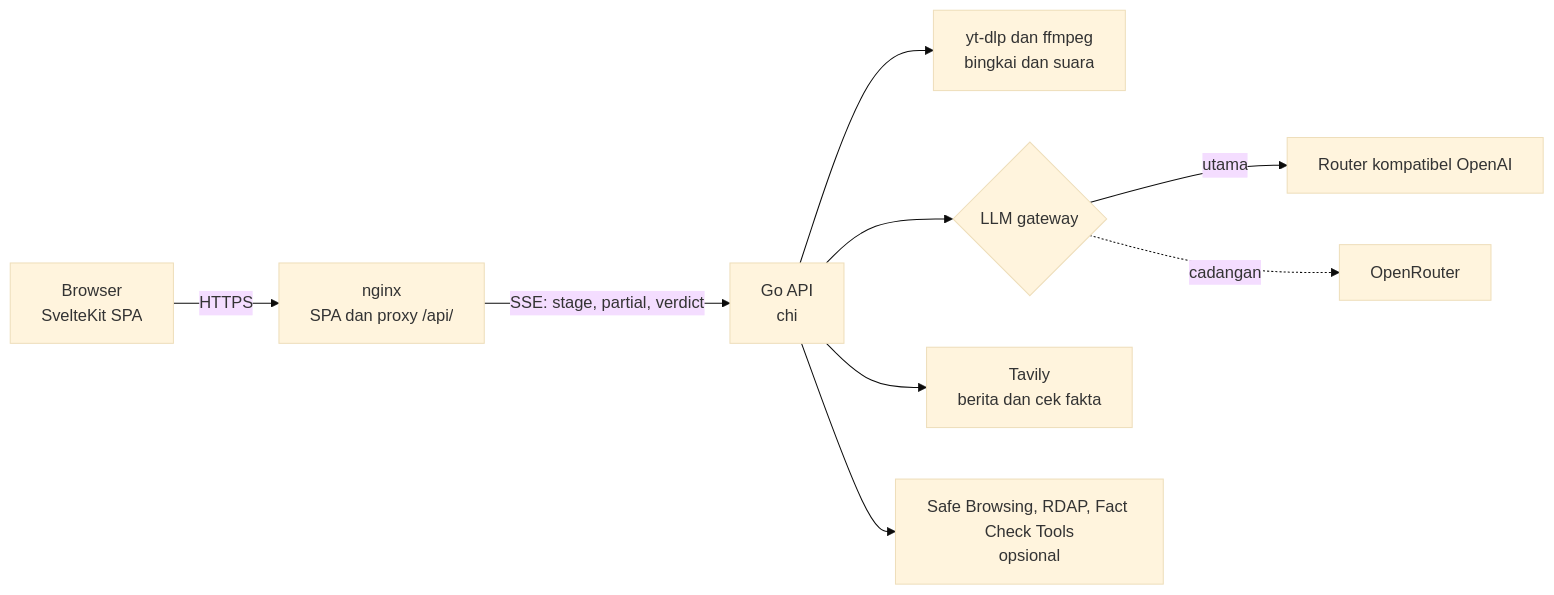
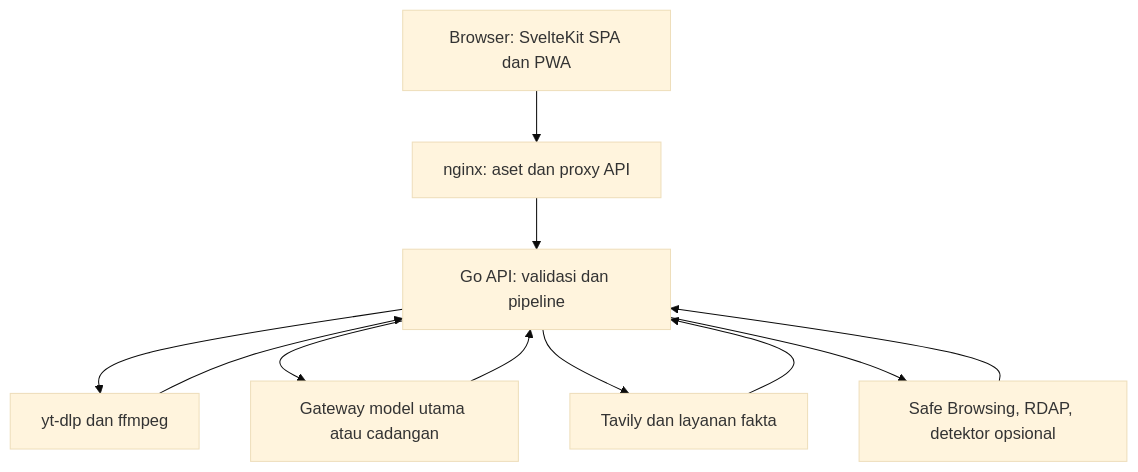
One commit to fujimaruC/MIT-week changed the second of 2 diagrams in README.md. Above: the diagram before and after it, drawn with Mermaid (base theme). The commit also changed other lines of this file, not shown here.

````diff
--- a/README.md
+++ b/README.md
@@ -76,11 +258,13 @@
 ```mermaid
-flowchart LR
-    B[Browser<br/>SvelteKit SPA] -->|HTTPS| N[nginx<br/>SPA dan proxy /api/]
-    N -->|SSE: stage, partial, verdict| G[Go API<br/>chi]
-    G --> Y[yt-dlp dan ffmpeg<br/>bingkai dan suara]
-    G --> L{LLM gateway}
-    L -->|utama| R[Router kompatibel OpenAI]
-    L -.->|cadangan| O[OpenRouter]
-    G --> T[Tavily<br/>berita dan cek fakta]
-    G --> S[Safe Browsing, RDAP, Fact Check Tools<br/>opsional]
+flowchart TD
+    U["Browser: SvelteKit SPA dan PWA"] --> N["nginx: aset dan proxy API"]
+    N --> G["Go API: validasi dan pipeline"]
+    G --> V["yt-dlp dan ffmpeg"]
+    G --> L["Gateway model utama atau cadangan"]
+    G --> T["Tavily dan layanan fakta"]
+    G --> S["Safe Browsing, RDAP, detektor opsional"]
+    V --> G
+    L --> G
+    T --> G
+    S --> G
 ```
````
